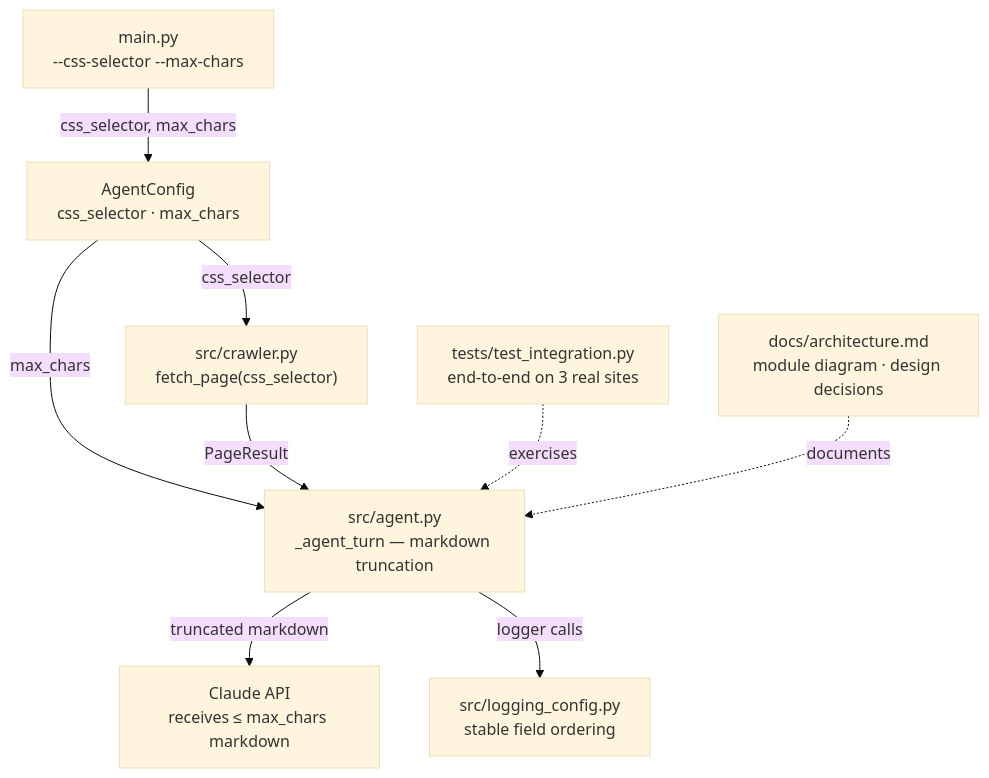
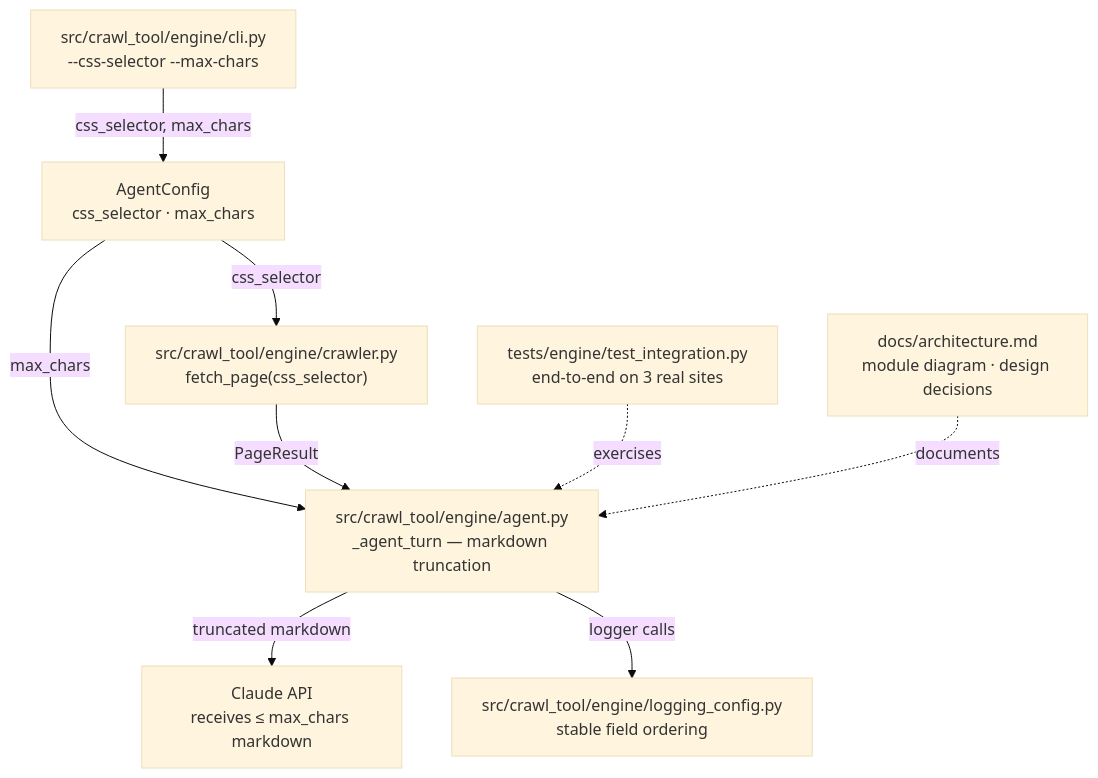
The diagram in docs/reports/week6_implementation_report.md (tuanhdangdinh/agentic-news-crawler), drawn with Mermaid (base theme) before and after one commit. The commit also changed other lines of this file and 1 other file, not shown here.

````diff
--- a/docs/reports/week6_implementation_report.md
+++ b/docs/reports/week6_implementation_report.md
@@ -45,20 +54,20 @@
 ```mermaid
 flowchart TD
-    CLI["main.py\n--css-selector --max-chars"]
+    CLI["src/crawl_tool/engine/cli.py\n--css-selector --max-chars"]
     CONFIG["AgentConfig\ncss_selector · max_chars"]
-    AGENT["src/agent.py\n_agent_turn — markdown truncation"]
-    CRAWLER["src/crawler.py\nfetch_page(css_selector)"]
+    AGENT["src/crawl_tool/engine/agent.py\n_agent_turn — markdown truncation"]
+    CRAWLER["src/crawl_tool/engine/crawler.py\nfetch_page(css_selector)"]
     CLAUDE["Claude API\nreceives ≤ max_chars markdown"]
-    LOG["src/logging_config.py\nstable field ordering"]
-    INTEG["tests/test_integration.py\nend-to-end on 3 real sites"]
+    LOG["src/crawl_tool/engine/logging_config.py\nstable field ordering"]
+    INTEG["tests/engine/test_integration.py\nend-to-end on 3 real sites"]
     ARCH["docs/architecture.md\nmodule diagram · design decisions"]
 
     CLI -->|"css_selector, max_chars"| CONFIG
     CONFIG -->|"css_selector"| CRAWLER
     CONFIG -->|"max_chars"| AGENT
     CRAWLER -->|"PageResult"| AGENT
     AGENT -->|"truncated markdown"| CLAUDE
     AGENT -->|"logger calls"| LOG
     INTEG -.->|"exercises"| AGENT
     ARCH -.->|"documents"| AGENT
 ```
````
